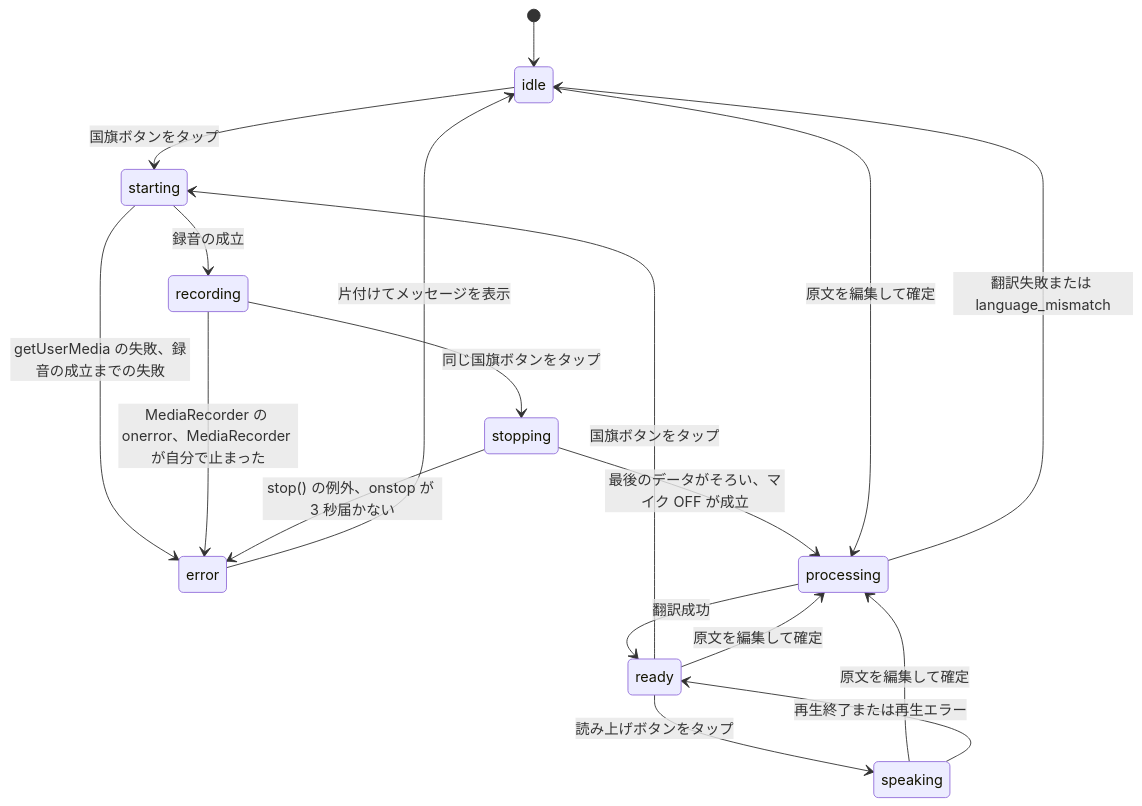
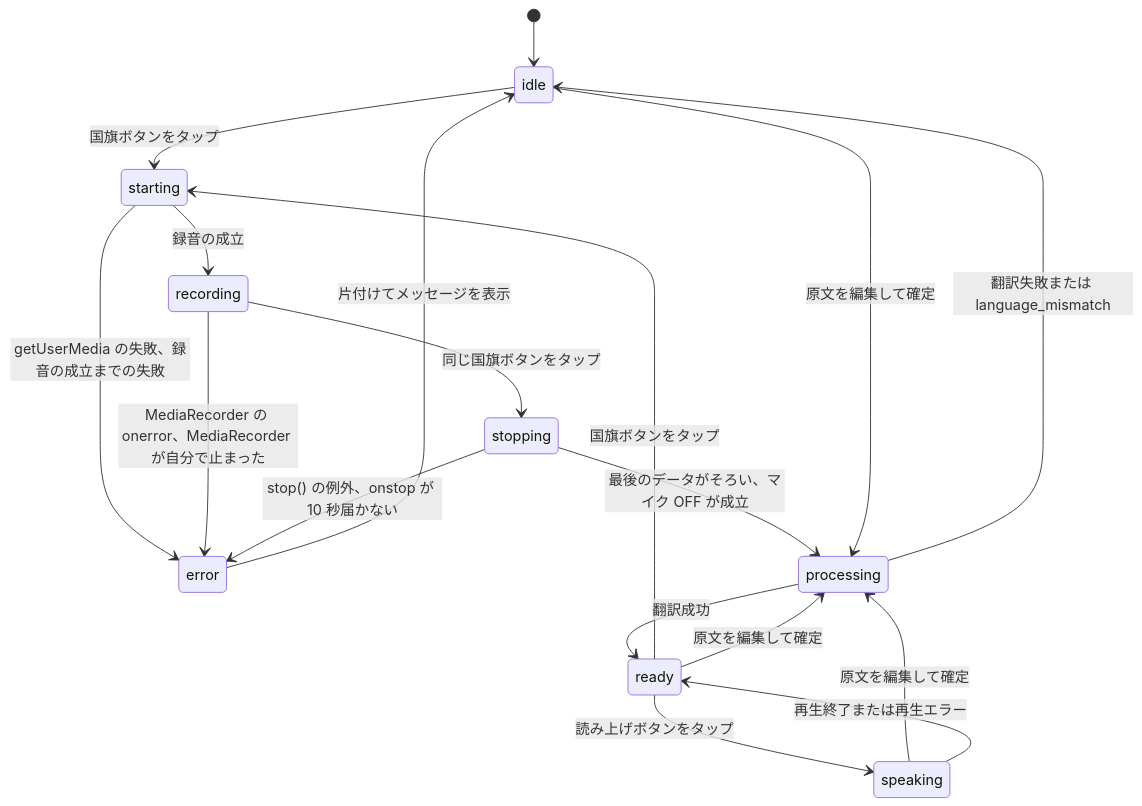
One commit to shin-arita/gotalk changed the second of 2 diagrams in docs/speech-flow.md. Above: the diagram before and after it, drawn with Mermaid. The commit also changed other lines of this file and 4 other files, not shown here.

Commit message:
fix: onstop の見張りの時間を 10 秒にし、stop() から onstop までの時間を診断の情報に残す（JJ7）

````diff
--- a/docs/speech-flow.md
+++ b/docs/speech-flow.md
@@ -122,20 +122,20 @@
 ```mermaid
 stateDiagram-v2
   [*] --> idle
   idle --> starting: 国旗ボタンをタップ
   ready --> starting: 国旗ボタンをタップ
   starting --> recording: 録音の成立
   starting --> error: getUserMedia の失敗、録音の成立までの失敗
   recording --> stopping: 同じ国旗ボタンをタップ
   recording --> error: MediaRecorder の onerror、MediaRecorder が自分で止まった
-  stopping --> error: stop() の例外、onstop が 3 秒届かない
+  stopping --> error: stop() の例外、onstop が 10 秒届かない
   stopping --> processing: 最後のデータがそろい、マイク OFF が成立
   error --> idle: 片付けてメッセージを表示
   processing --> ready: 翻訳成功
   processing --> idle: 翻訳失敗または language_mismatch
   ready --> processing: 原文を編集して確定
   idle --> processing: 原文を編集して確定
   speaking --> processing: 原文を編集して確定
   ready --> speaking: 読み上げボタンをタップ
   speaking --> ready: 再生終了または再生エラー
 ```
````
